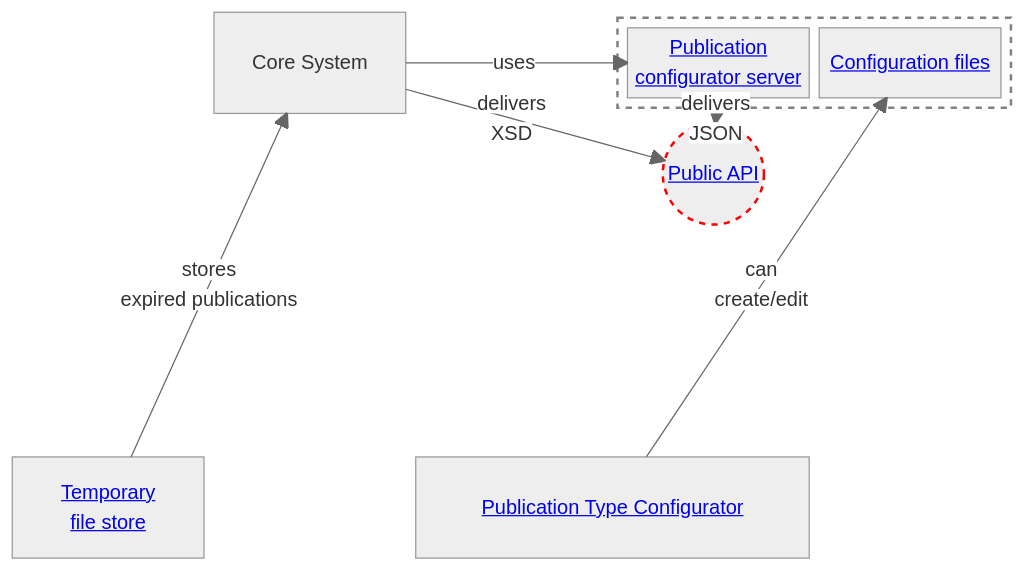
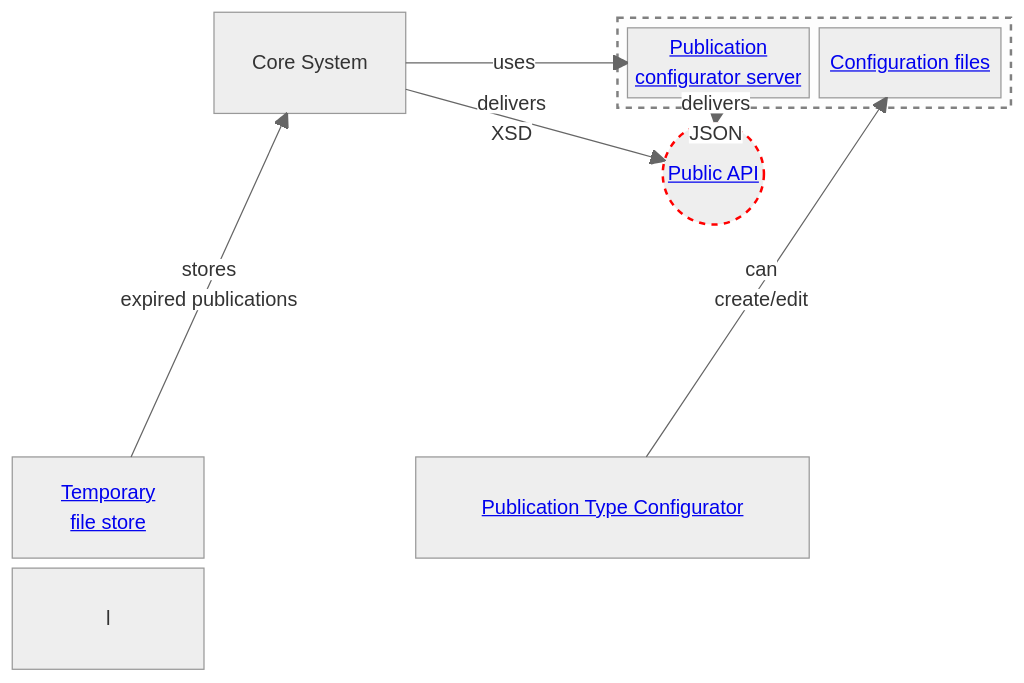
Before and after one commit to officialgazette/big-picture: the diagram in README.md, drawn with Mermaid.

````diff
--- a/README.md
+++ b/README.md
@@ -28,44 +28,44 @@
 ```mermaid
 
 %%{
   init: {
     'theme': 'neutral'
   }
 }%%
 
 block-beta
 columns 4
 
 space
   core["Core System"] space
 block:scope:2
 configServer["<a href='https://github.com/officialgazette/publication-configurator-server'>Publication
 configurator server</a>"]
 termsConfig["<a href='https://github.com/officialgazette/publication-standard'>Configuration files</a>"]
 end
 space:3
 api(("<a href='https://amtsblattportal.ch/docs/api'>Public API</a>"))
 space:8
 tempStore["<a href='https://github.com/officialgazette/publication-archive'>Temporary
 file store</a>"]
 space
 
 Config["<a href='https://github.com/officialgazette/publication-configurator'>Publication Type Configurator</a>"]:2
 
 
 Config--"can
 create/edit"-->termsConfig
 core--"uses"-->configServer
 tempStore--"stores
 expired publications"-->core
 core--"delivers
 XSD"-->api
 configServer--"delivers
 JSON"-->api
 
 
 
-
+l
 style scope stroke:grey,stroke-width:2px,color:#fff,stroke-dasharray: 5 5
 style api stroke:red,stroke-width:2px,color:grey,stroke-dasharray: 5 5
 ```
````
